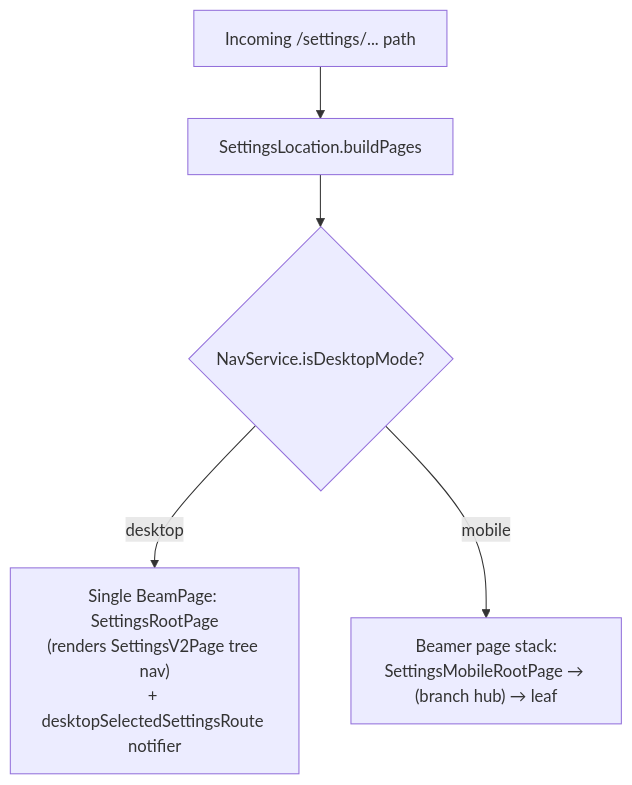
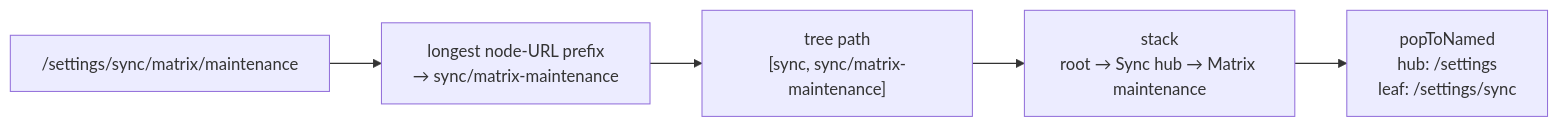
The second of 5 diagrams in knowledge/features/settings.md (matthiasn/lotti), drawn with Mermaid before and after one commit. The commit also changed other lines of this file and 16 other files, not shown here.

First line of the commit message:
docs(settings): one concept for the tree, the registry and both shells

````diff
--- a/knowledge/features/settings.md
+++ b/knowledge/features/settings.md
@@ -60,7 +137,7 @@
 ```mermaid
-flowchart TD
-  Route["Incoming /settings/... path"] --> Location["SettingsLocation.buildPages"]
-  Location --> Fork{"NavService.isDesktopMode?"}
-  Fork -->|desktop| Desktop["Single BeamPage: SettingsRootPage<br/>(renders SettingsV2Page tree nav)<br/>+ desktopSelectedSettingsRoute notifier"]
-  Fork -->|mobile| MobileStack["Beamer page stack:<br/>SettingsMobileRootPage → (branch hub) → leaf"]
+flowchart LR
+  URL["/settings/sync/matrix/maintenance"] --> Node["longest node-URL prefix<br/>→ sync/matrix-maintenance"]
+  Node --> Path["tree path<br/>[sync, sync/matrix-maintenance]"]
+  Path --> Stack["stack<br/>root → Sync hub → Matrix maintenance"]
+  Stack --> Pops["popToNamed<br/>hub: /settings<br/>leaf: /settings/sync"]
 ```
````
